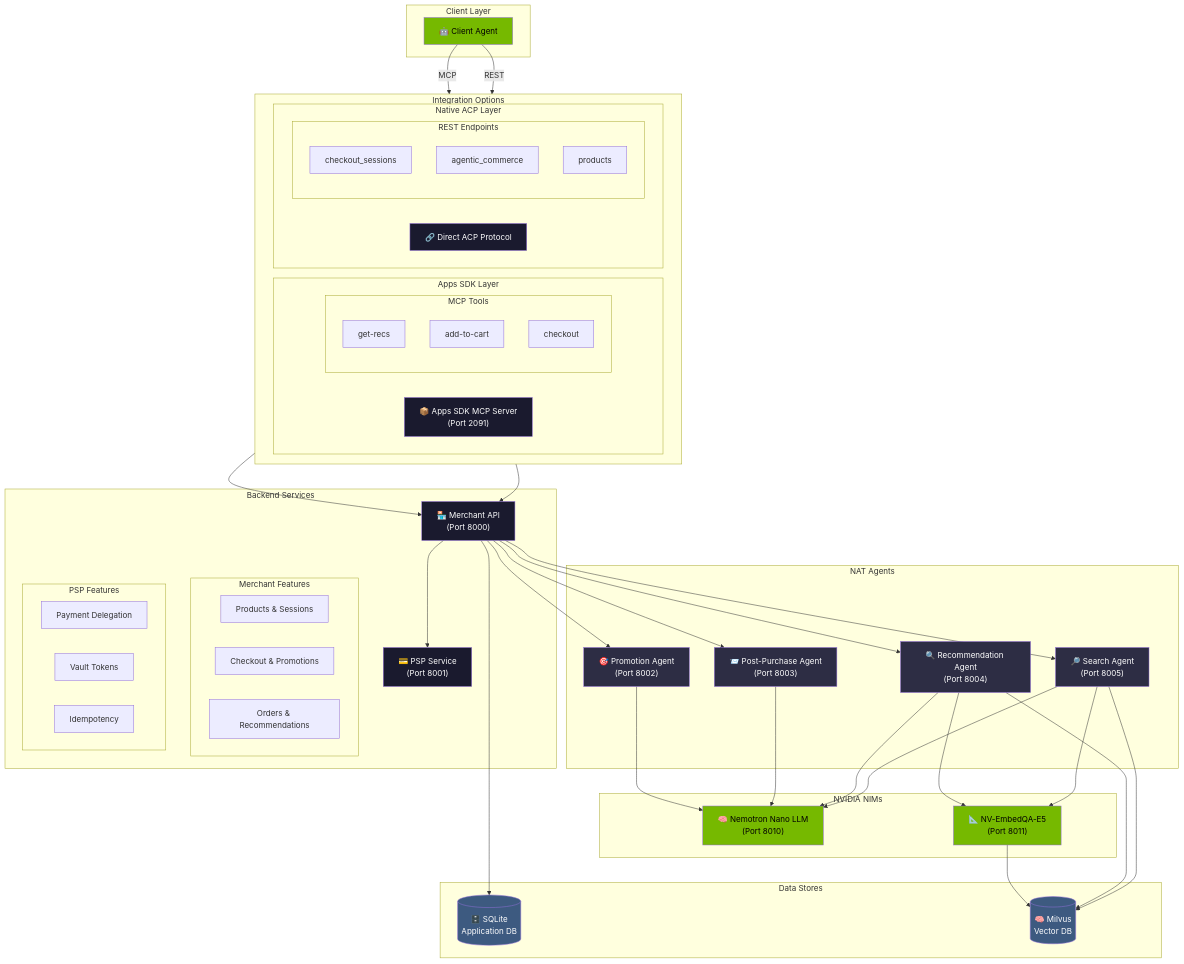
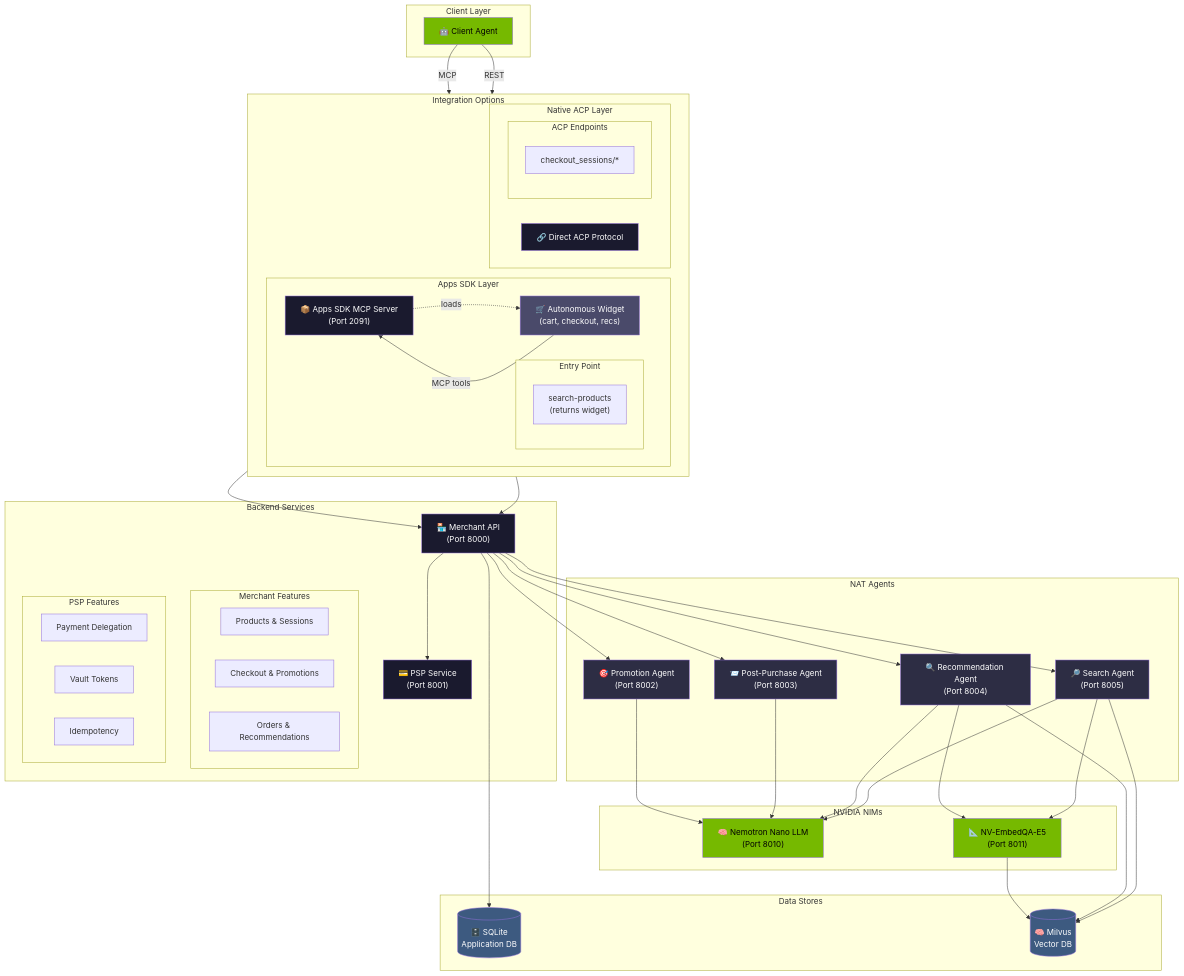
Before and after one commit to NVIDIA-AI-Blueprints/Retail-Agentic-Commerce: the diagram in README.md, drawn with Mermaid. The commit also changed 1 other file, not shown here.

Commit message:
[docs] Update architecture diagram for widget autonomy pattern
Reflect the new Apps SDK design where search-products is the single entry
point that returns an autonomous widget capable of handling cart, checkout,
and recommendations independently.

```diff
--- a/README.md
+++ b/README.md
@@ -152,19 +152,16 @@
         direction LR
         subgraph SDK["Apps SDK Layer"]
             MCP["📦 Apps SDK MCP Server<br/>(Port 2091)"]
-            subgraph tools["MCP Tools"]
-                T1[get-recs]
-                T2[add-to-cart]
-                T3[checkout]
+            subgraph tools["Entry Point"]
+                T1["search-products<br/>(returns widget)"]
             end
+            WIDGET["🛒 Autonomous Widget<br/>(cart, checkout, recs)"]
         end
 
         subgraph Native["Native ACP Layer"]
             ACP["🔗 Direct ACP Protocol"]
-            subgraph endpoints["REST Endpoints"]
-                E1["checkout_sessions"]
-                E2["agentic_commerce"]
-                E3["products"]
+            subgraph endpoints["ACP Endpoints"]
+                E1["checkout_sessions/*"]
             end
         end
     end
@@ -205,6 +202,8 @@
 
     CA -->|MCP| MCP
     CA -->|REST| ACP
+    MCP -.->|loads| WIDGET
+    WIDGET -->|MCP tools| MCP
     MCP --> MERCHANT
     ACP --> MERCHANT
     MERCHANT --> PSP
@@ -225,6 +224,7 @@
 
     style CA fill:#76b900,color:#000
     style MCP fill:#1a1a2e,color:#fff
+    style WIDGET fill:#4a4a6a,color:#fff
     style ACP fill:#1a1a2e,color:#fff
     style MERCHANT fill:#1a1a2e,color:#fff
     style PSP fill:#1a1a2e,color:#fff
```
